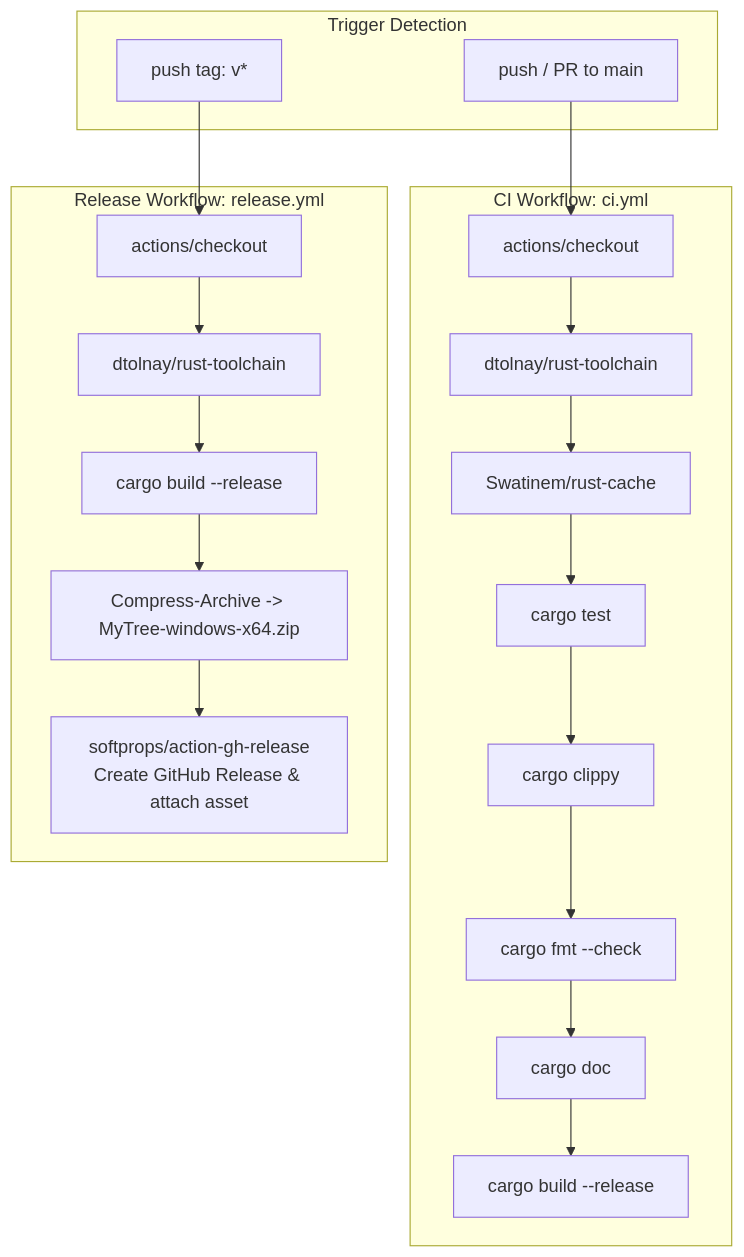
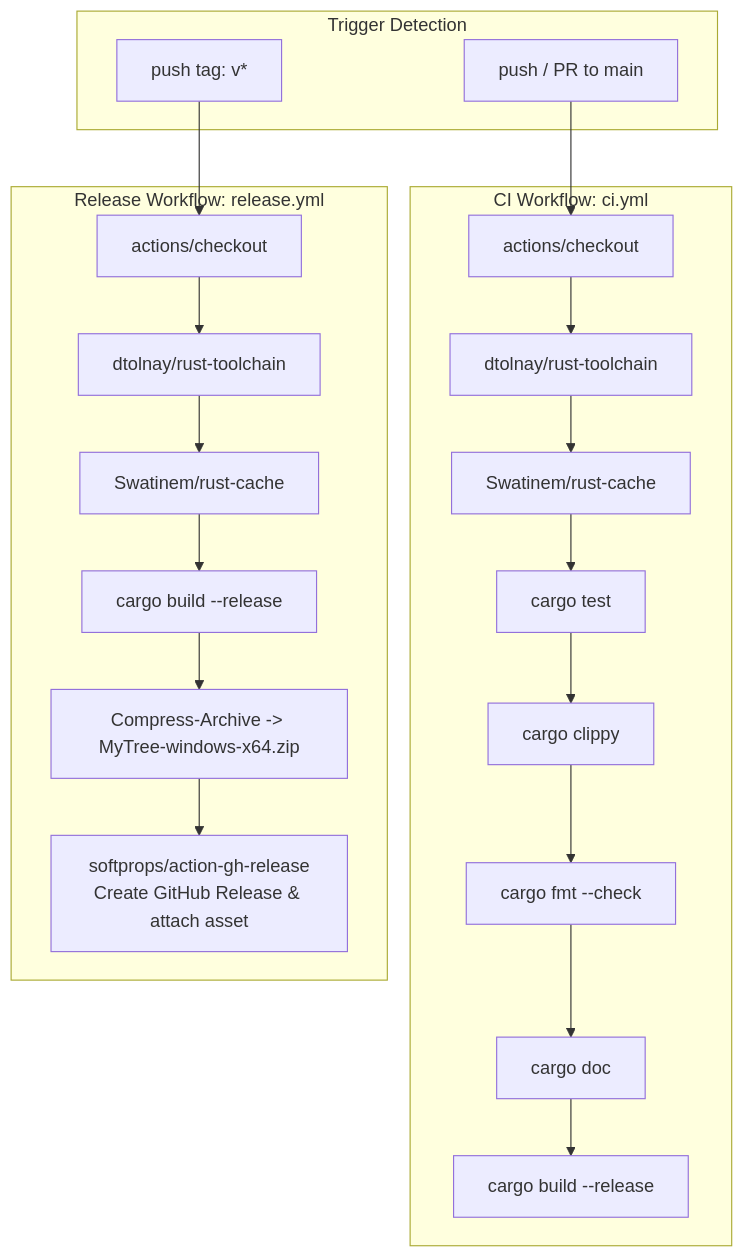
One commit to tkshnkgwr/MyTree changed the third of 3 diagrams in docs/en/DIAGRAM.md. Above: the diagram before and after it, drawn with Mermaid. The commit also changed other lines of this file and 21 other files, not shown here.

````diff
--- a/docs/en/DIAGRAM.md
+++ b/docs/en/DIAGRAM.md
@@ -95,26 +98,27 @@
 ```mermaid
 flowchart TD
     subgraph Trigger [Trigger Detection]
         PushMain[push / PR to main]
         PushTag[push tag: v*]
     end
 
     subgraph CI_Pipeline [CI Workflow: ci.yml]
         PushMain --> CheckoutCI[actions/checkout]
         CheckoutCI --> InstallRustCI[dtolnay/rust-toolchain]
         InstallRustCI --> CacheCI[Swatinem/rust-cache]
         CacheCI --> Test[cargo test]
         Test --> Clippy[cargo clippy]
         Clippy --> Fmt[cargo fmt --check]
         Fmt --> Doc[cargo doc]
         Doc --> BuildCI[cargo build --release]
     end
 
     subgraph Release_Pipeline [Release Workflow: release.yml]
         PushTag --> CheckoutRel[actions/checkout]
         CheckoutRel --> InstallRustRel[dtolnay/rust-toolchain]
-        InstallRustRel --> BuildRel[cargo build --release]
+        InstallRustRel --> CacheRel[Swatinem/rust-cache]
+        CacheRel --> BuildRel[cargo build --release]
         BuildRel --> Zip[Compress-Archive -> MyTree-windows-x64.zip]
         Zip --> GHRelease[softprops/action-gh-release<br/>Create GitHub Release & attach asset]
     end
 ```
````
